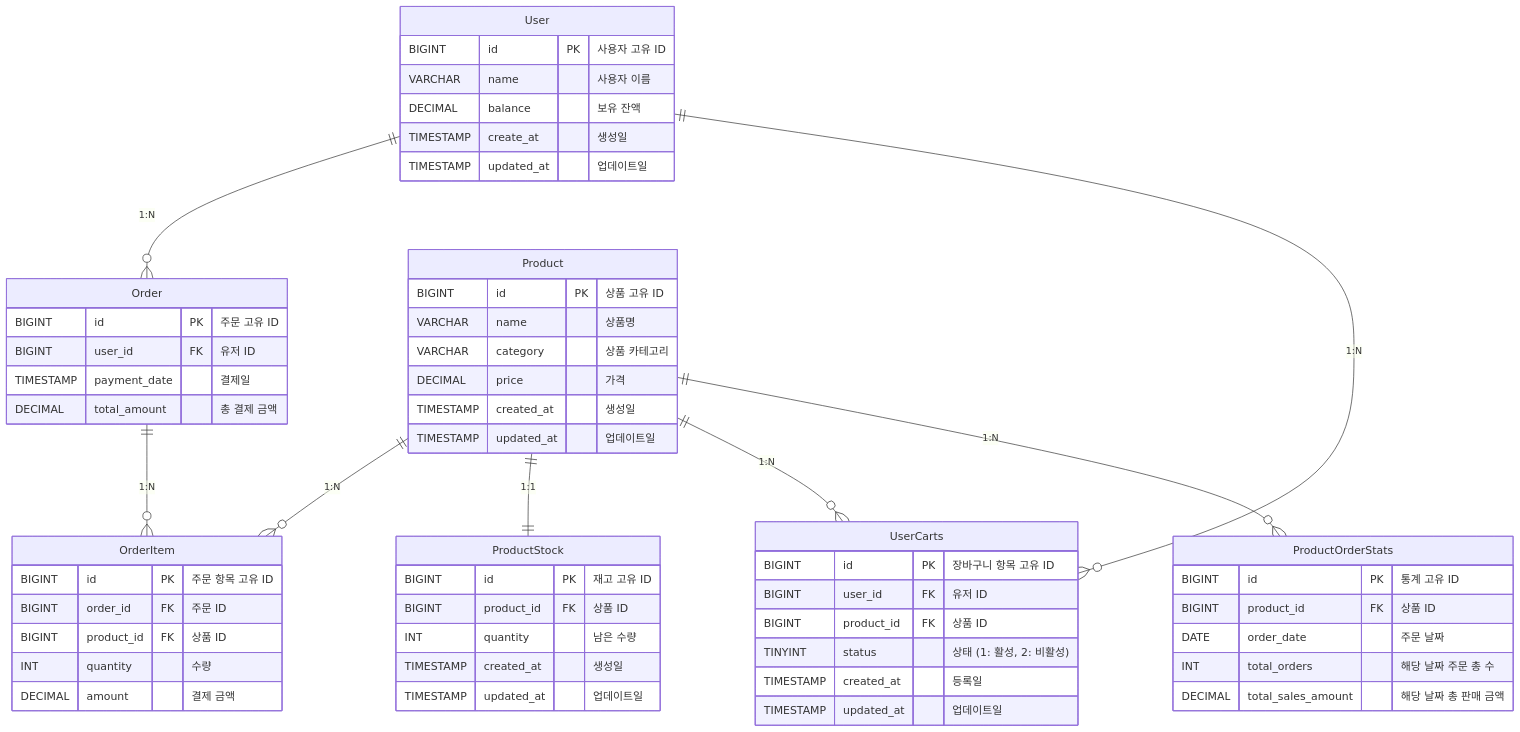
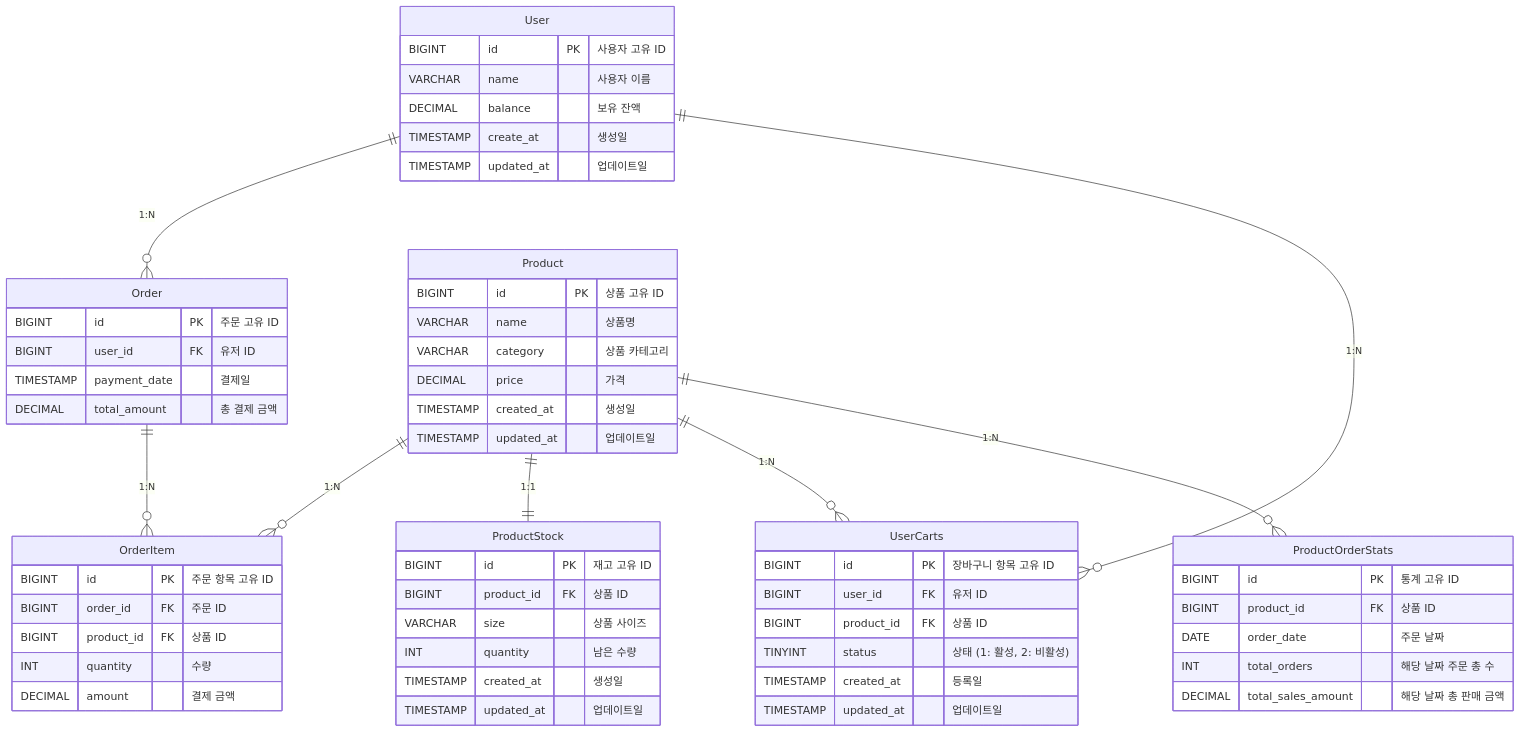
The diagram in docs/ERD.md (LeeJeongGi/hhplus-03-ecommerce), drawn with Mermaid before and after one commit.

Commit message:
feat : 상품 재고 테이블에 사이즈 옵션 추가.(여러가지 옵션이 더 있을수도 있지만 지금은 사이즈만 추가)

````diff
--- a/docs/ERD.md
+++ b/docs/ERD.md
@@ -1,68 +1,69 @@
 ```mermaid
 erDiagram
 
     User ||--o{ Order : "1:N"
     User ||--o{ UserCarts : "1:N"
     Product ||--o{ OrderItem : "1:N"
     Product ||--|| ProductStock : "1:1"
     Product ||--o{ UserCarts : "1:N"
     Product ||--o{ ProductOrderStats : "1:N"
     Order ||--o{ OrderItem : "1:N"
     
     User {
         BIGINT id PK "사용자 고유 ID"
         VARCHAR name "사용자 이름"
         DECIMAL balance "보유 잔액"
         TIMESTAMP create_at "생성일"
         TIMESTAMP updated_at "업데이트일"
     }
 
     Product {
         BIGINT id PK "상품 고유 ID"
         VARCHAR name "상품명"
         VARCHAR category "상품 카테고리"
         DECIMAL price "가격"
         TIMESTAMP created_at "생성일"
         TIMESTAMP updated_at "업데이트일"
     }
 
     ProductStock {
         BIGINT id PK "재고 고유 ID"
         BIGINT product_id FK "상품 ID"
+        VARCHAR size "상품 사이즈"
         INT quantity "남은 수량"
         TIMESTAMP created_at "생성일"
         TIMESTAMP updated_at "업데이트일"
     }
 
     Order {
         BIGINT id PK "주문 고유 ID"
         BIGINT user_id FK "유저 ID"
         TIMESTAMP payment_date "결제일"
         DECIMAL total_amount "총 결제 금액"
     }
 
     OrderItem {
         BIGINT id PK "주문 항목 고유 ID"
         BIGINT order_id FK "주문 ID"
         BIGINT product_id FK "상품 ID"
         INT quantity "수량"
         DECIMAL amount "결제 금액"
     }
 
     ProductOrderStats {
         BIGINT id PK "통계 고유 ID"
         BIGINT product_id FK "상품 ID"
         DATE order_date "주문 날짜"
         INT total_orders "해당 날짜 주문 총 수"
         DECIMAL total_sales_amount "해당 날짜 총 판매 금액"
     }
 
     UserCarts {
         BIGINT id PK "장바구니 항목 고유 ID"
         BIGINT user_id FK "유저 ID"
         BIGINT product_id FK "상품 ID"
         TINYINT status "상태 (1: 활성, 2: 비활성)"
         TIMESTAMP created_at "등록일"
         TIMESTAMP updated_at "업데이트일"
     }
 ```
````
